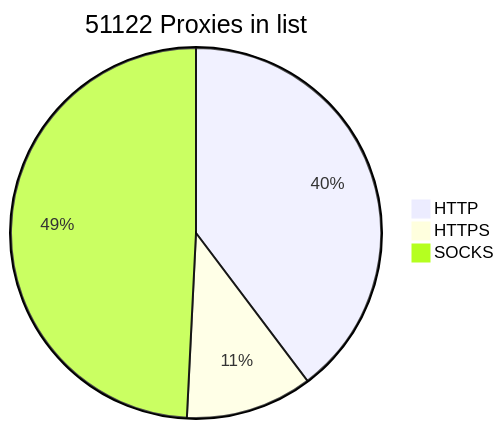
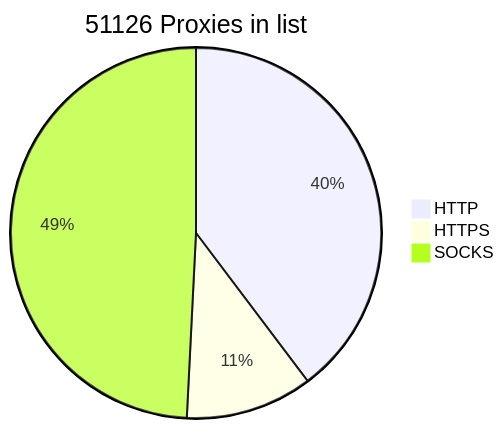
Before and after one commit to BlackSnowDot/proxylist-update-every-minute: the diagram in README.md, drawn with Mermaid.

````diff
--- a/README.md
+++ b/README.md
@@ -2,6 +2,6 @@
 ```mermaid
-pie title 51122 Proxies in list
+pie title 51126 Proxies in list
     "HTTP" : 22524
-    "HTTPS": 6275
+    "HTTPS": 6282
     "SOCKS" : 27908
 ```
````
